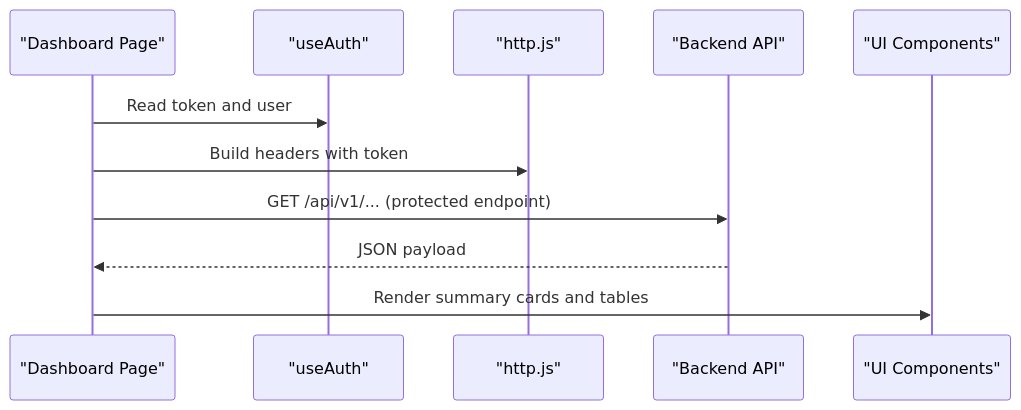
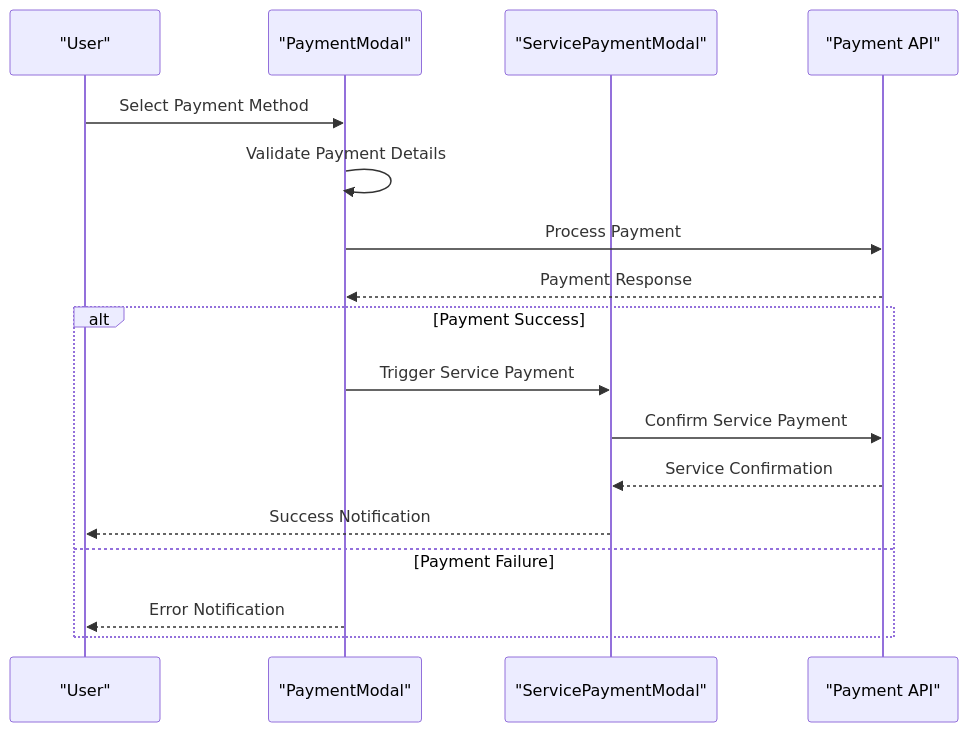
Before and after one commit to meghanamallela69-tech/event: the sixth of 16 diagrams in .qoder/repowiki/en/content/Frontend Architecture/Frontend Architecture.md, drawn with Mermaid. The commit also changed other lines of this file and 63 other files, not shown here.

````diff
--- a/.qoder/repowiki/en/content/Frontend Architecture/Frontend Architecture.md
+++ b/.qoder/repowiki/en/content/Frontend Architecture/Frontend Architecture.md
@@ -235,13 +288,19 @@
 ```mermaid
 sequenceDiagram
-participant Page as "Dashboard Page"
-participant Auth as "useAuth"
-participant HTTP as "http.js"
-participant API as "Backend API"
-participant UI as "UI Components"
-Page->>Auth : Read token and user
-Page->>HTTP : Build headers with token
-Page->>API : GET /api/v1/... (protected endpoint)
-API-->>Page : JSON payload
-Page->>UI : Render summary cards and tables
+participant User as "User"
+participant PaymentModal as "PaymentModal"
+participant ServicePayment as "ServicePaymentModal"
+participant API as "Payment API"
+User->>PaymentModal : Select Payment Method
+PaymentModal->>PaymentModal : Validate Payment Details
+PaymentModal->>API : Process Payment
+API-->>PaymentModal : Payment Response
+alt Payment Success
+PaymentModal->>ServicePayment : Trigger Service Payment
+ServicePayment->>API : Confirm Service Payment
+API-->>ServicePayment : Service Confirmation
+ServicePayment-->>User : Success Notification
+else Payment Failure
+PaymentModal-->>User : Error Notification
+end
 ```
````
